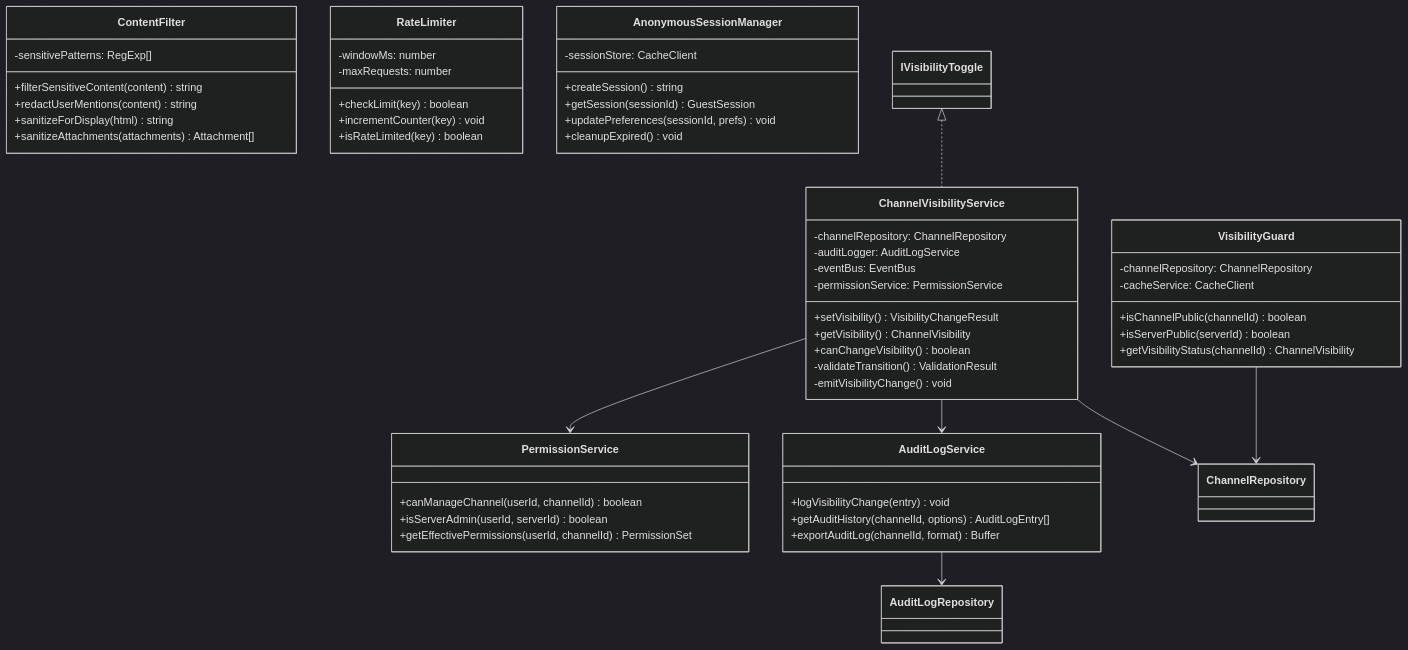
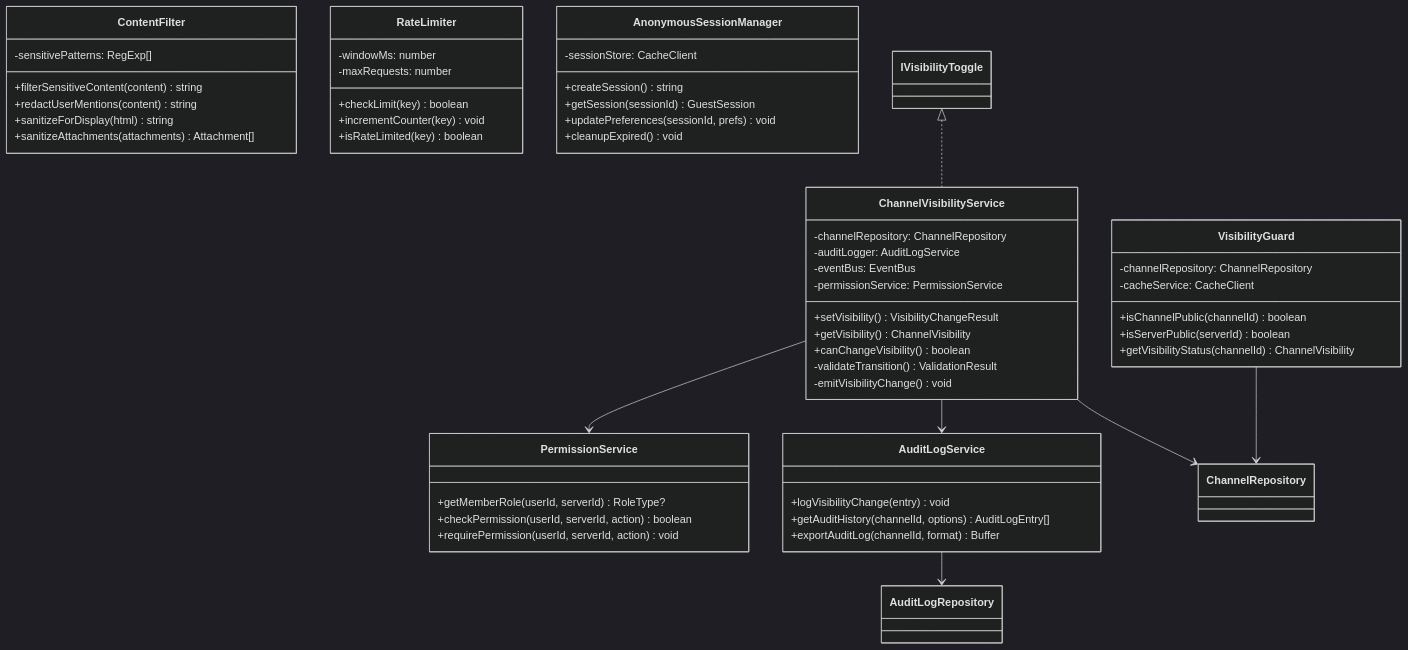
Before and after one commit to acabrera04/Harmony: the seventh of 24 diagrams in docs/unified-backend-architecture.md, drawn with Mermaid (dark theme). The commit also changed other lines of this file and 3 other files, not shown here.

First line of the commit message:
fix: apply all PR #141 review suggestions + update architecture docs

````diff
--- a/docs/unified-backend-architecture.md
+++ b/docs/unified-backend-architecture.md
@@ -504,69 +531,69 @@
 ```mermaid
 classDiagram
     class ChannelVisibilityService {
         -channelRepository: ChannelRepository
         -auditLogger: AuditLogService
         -eventBus: EventBus
         -permissionService: PermissionService
         +setVisibility() VisibilityChangeResult
         +getVisibility() ChannelVisibility
         +canChangeVisibility() boolean
         -validateTransition() ValidationResult
         -emitVisibilityChange() void
     }
 
     class PermissionService {
-        +canManageChannel(userId, channelId) boolean
-        +isServerAdmin(userId, serverId) boolean
-        +getEffectivePermissions(userId, channelId) PermissionSet
+        +getMemberRole(userId, serverId) RoleType?
+        +checkPermission(userId, serverId, action) boolean
+        +requirePermission(userId, serverId, action) void
     }
 
     class AuditLogService {
         +logVisibilityChange(entry) void
         +getAuditHistory(channelId, options) AuditLogEntry[]
         +exportAuditLog(channelId, format) Buffer
     }
 
     class VisibilityGuard {
         -channelRepository: ChannelRepository
         -cacheService: CacheClient
         +isChannelPublic(channelId) boolean
         +isServerPublic(serverId) boolean
         +getVisibilityStatus(channelId) ChannelVisibility
     }
 
     class ContentFilter {
         -sensitivePatterns: RegExp[]
         +filterSensitiveContent(content) string
         +redactUserMentions(content) string
         +sanitizeForDisplay(html) string
         +sanitizeAttachments(attachments) Attachment[]
     }
 
     class RateLimiter {
         -windowMs: number
         -maxRequests: number
         +checkLimit(key) boolean
         +incrementCounter(key) void
         +isRateLimited(key) boolean
     }
 
     class AnonymousSessionManager {
         -sessionStore: CacheClient
         +createSession() string
         +getSession(sessionId) GuestSession
         +updatePreferences(sessionId, prefs) void
         +cleanupExpired() void
     }
 
     IVisibilityToggle <|.. ChannelVisibilityService
     ChannelVisibilityService --> PermissionService
     ChannelVisibilityService --> AuditLogService
     ChannelVisibilityService --> ChannelRepository
     AuditLogService --> AuditLogRepository
     VisibilityGuard --> ChannelRepository
 
     class IVisibilityToggle { }
     class ChannelRepository { }
     class AuditLogRepository { }
 ```
````
